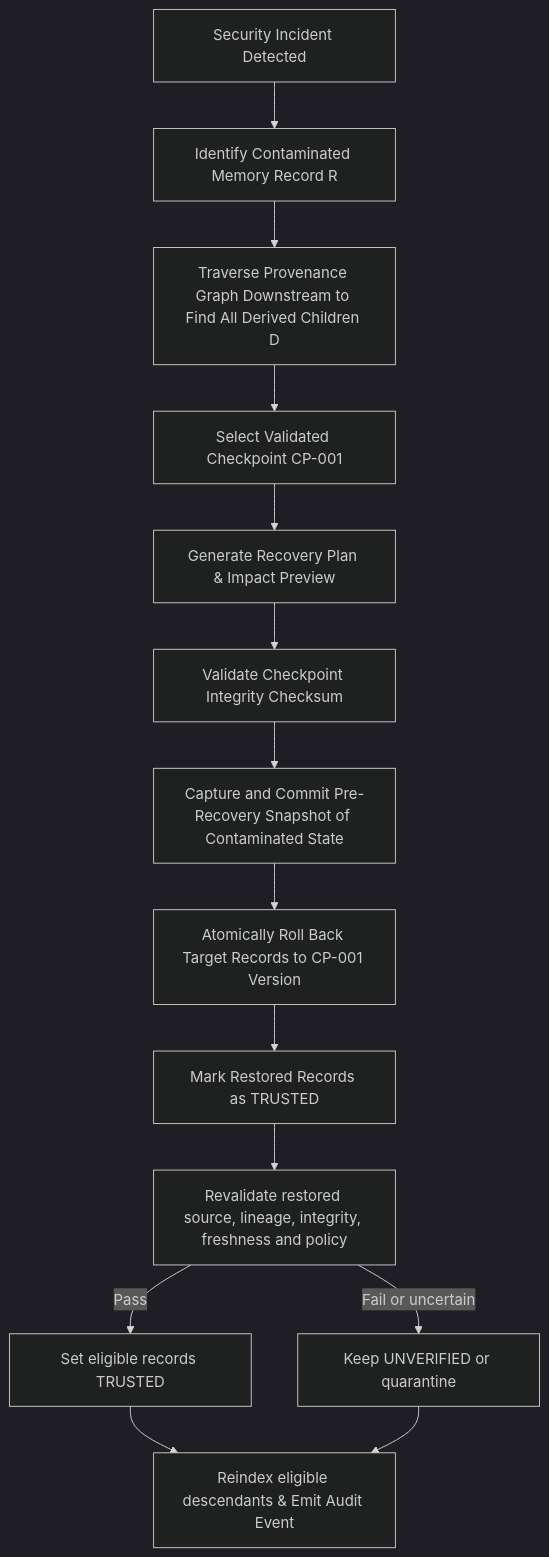
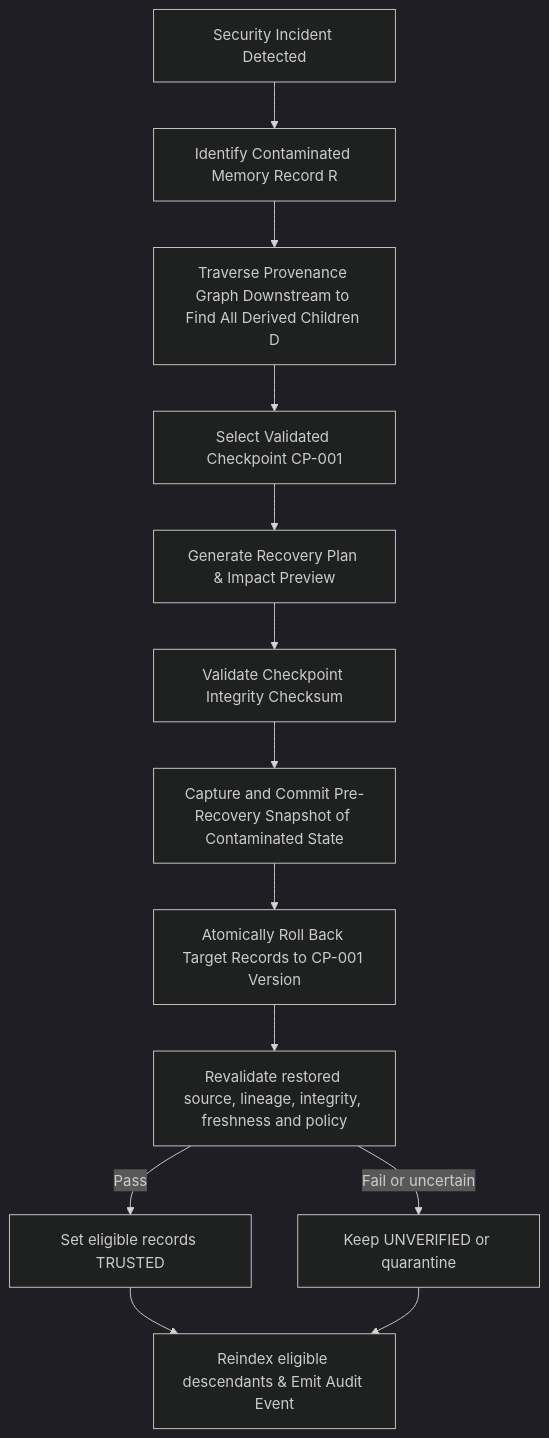
The third of 3 diagrams in docs/02-TRD-SRS.md (9m2usman/ChronoCongiSec), drawn with Mermaid (dark theme) before and after one commit. The commit also changed other lines of this file, not shown here.

Commit message:
docs: align TRD retrieval and recovery flow with trust gate

````diff
--- a/docs/02-TRD-SRS.md
+++ b/docs/02-TRD-SRS.md
@@ -401,16 +401,15 @@
 ```mermaid
 graph TD
     Incident[Security Incident Detected] --> Identify[Identify Contaminated Memory Record R]
     Identify --> Traverse[Traverse Provenance Graph Downstream to Find All Derived Children D]
     Traverse --> SelectCP[Select Validated Checkpoint CP-001]
     SelectCP --> Preview[Generate Recovery Plan & Impact Preview]
     Preview --> Validate[Validate Checkpoint Integrity Checksum]
     Validate --> Preserve[Capture and Commit Pre-Recovery Snapshot of Contaminated State]
     Preserve --> Rollback[Atomically Roll Back Target Records to CP-001 Version]
-    Rollback --> MarkTrusted[Mark Restored Records as TRUSTED]
-    MarkTrusted --> Revalidate[Revalidate restored source, lineage, integrity, freshness and policy]
+    Rollback --> Revalidate[Revalidate restored source, lineage, integrity, freshness and policy]
     Revalidate -->|Pass| Trusted[Set eligible records TRUSTED]
     Revalidate -->|Fail or uncertain| Unverified[Keep UNVERIFIED or quarantine]
     Trusted --> Reindex[Reindex eligible descendants & Emit Audit Event]
     Unverified --> Reindex
 ```
````
